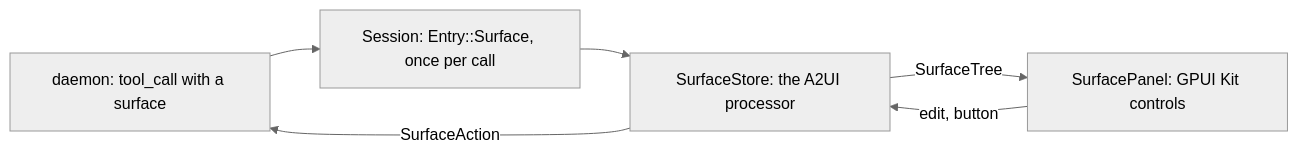
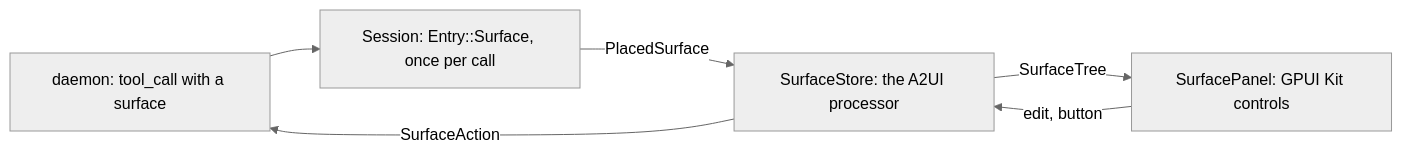
One commit to matthewyjiang/rho-ui changed the second of 2 diagrams in docs/architecture.md. Above: the diagram before and after it, drawn with Mermaid (neutral theme). The commit also changed other lines of this file and 2 other files, not shown here.

````diff
--- a/docs/architecture.md
+++ b/docs/architecture.md
@@ -37,8 +37,8 @@
 ```mermaid
 flowchart LR
     Daemon["daemon: tool_call with a surface"] --> Session["Session: Entry::Surface, once per call"]
-    Session --> Store["SurfaceStore: the A2UI processor"]
+    Session -->|"PlacedSurface"| Store["SurfaceStore: the A2UI processor"]
     Store -->|"SurfaceTree"| Panel["SurfacePanel: GPUI Kit controls"]
     Panel -->|"edit, button"| Store
     Store -->|"SurfaceAction"| Daemon
 ```
````
